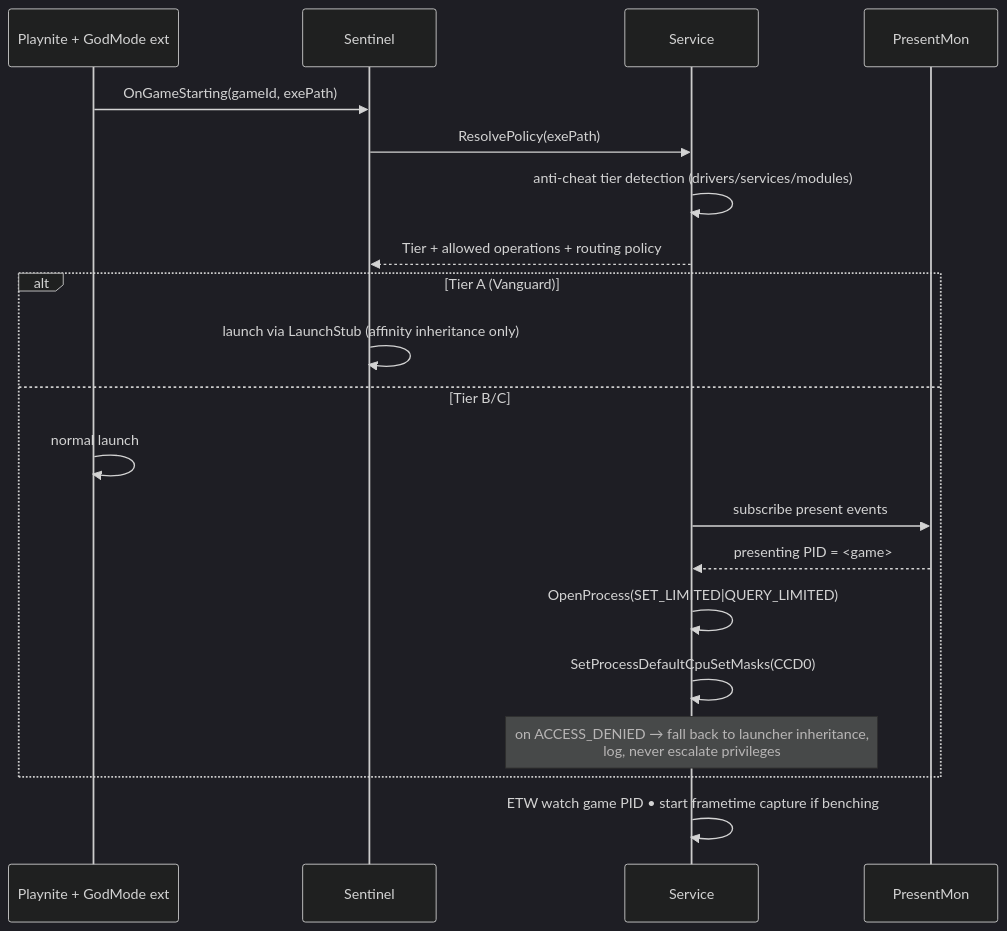
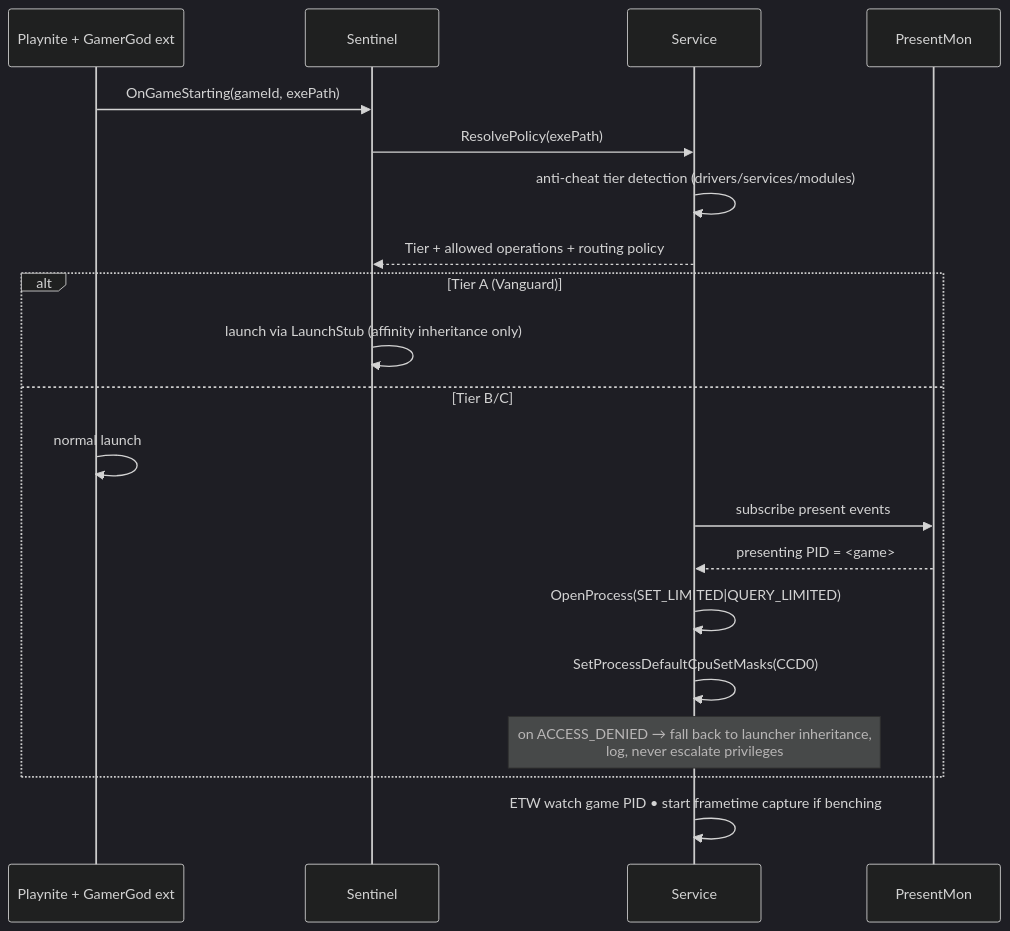
One commit to kosherplay-betatester/GamerGod-Microsoft-Sucks-Edition changed the third of 4 diagrams in docs/MASTER-PLAN.md. Above: the diagram before and after it, drawn with Mermaid (dark theme). The commit also changed other lines of this file and 122 other files, not shown here.

````diff
--- a/docs/MASTER-PLAN.md
+++ b/docs/MASTER-PLAN.md
@@ -681,23 +681,23 @@
 ```mermaid
 sequenceDiagram
-    participant PL as Playnite + GodMode ext
+    participant PL as Playnite + GamerGod ext
     participant SEN as Sentinel
     participant SVC as Service
     participant PM as PresentMon
 
     PL->>SEN: OnGameStarting(gameId, exePath)
     SEN->>SVC: ResolvePolicy(exePath)
     SVC->>SVC: anti-cheat tier detection (drivers/services/modules)
     SVC-->>SEN: Tier + allowed operations + routing policy
     alt Tier A (Vanguard)
         SEN->>SEN: launch via LaunchStub (affinity inheritance only)
     else Tier B/C
         PL->>PL: normal launch
         SVC->>PM: subscribe present events
         PM-->>SVC: presenting PID = <game>
         SVC->>SVC: OpenProcess(SET_LIMITED|QUERY_LIMITED)
         SVC->>SVC: SetProcessDefaultCpuSetMasks(CCD0)
         note over SVC: on ACCESS_DENIED → fall back to launcher inheritance,<br/>log, never escalate privileges
     end
     SVC->>SVC: ETW watch game PID  •  start frametime capture if benching
 ```
````
